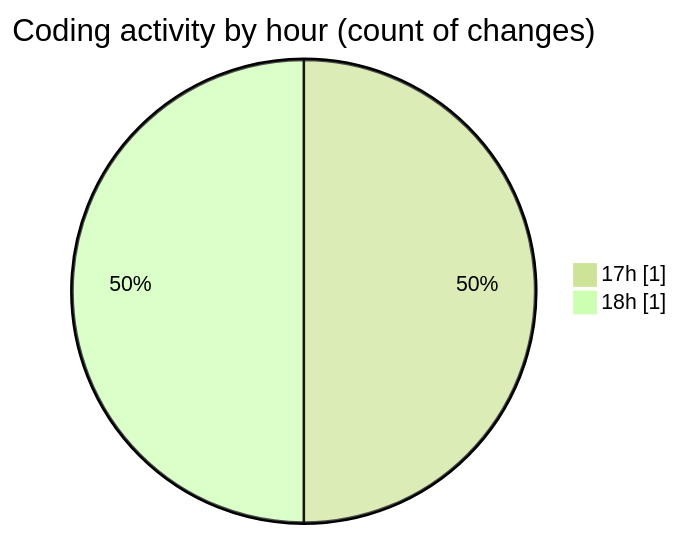
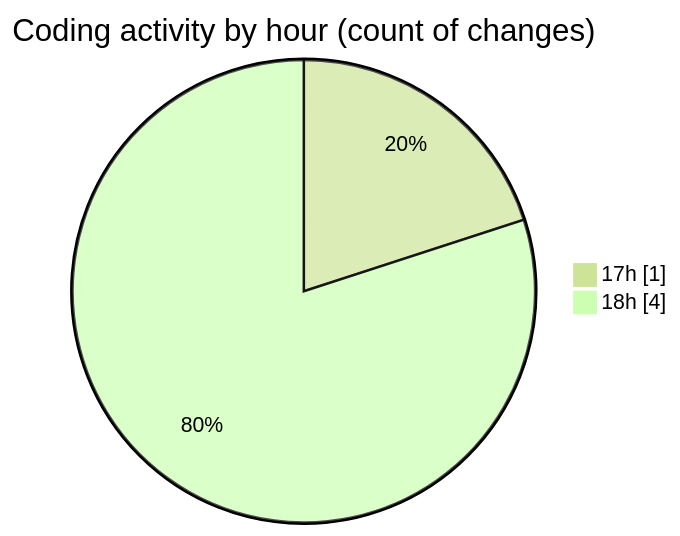
One commit to Netris89/code-tracking changed the second of 2 diagrams in 2025-08-27/data/README.md. Above: the diagram before and after it, drawn with Mermaid (forest theme). The commit also changed other lines of this file and 1 other file, not shown here.

````diff
--- a/2025-08-27/data/README.md
+++ b/2025-08-27/data/README.md
@@ -29,6 +30,6 @@
 ```mermaid
 pie showData
 title Coding activity by hour (count of changes)
 "17h" : 1
-"18h" : 1
+"18h" : 4
 ```
````
